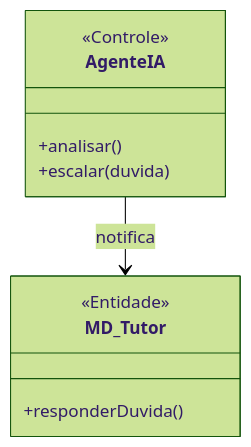
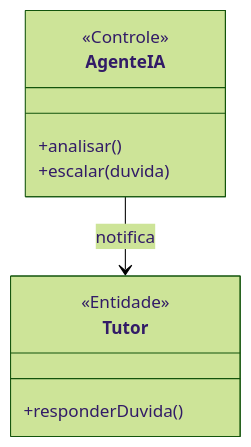
Before and after one commit to MayconDIS/PIM_III-Documentacao_UML: the first of 2 diagrams in PIM_III/02_Modelagem_UML_Astah/UC07_Escalar_Duvida_Tutor/README.md, drawn with Mermaid (forest theme). The commit also changed other lines of this file and 86 other files, not shown here.

Commit message:
docs(uml): add comprehensive UML diagrams and tutorials for all 15 use cases

````diff
--- a/PIM_III/02_Modelagem_UML_Astah/UC07_Escalar_Duvida_Tutor/README.md
+++ b/PIM_III/02_Modelagem_UML_Astah/UC07_Escalar_Duvida_Tutor/README.md
@@ -40,13 +40,13 @@
 ```mermaid
 classDiagram
     class AgenteIA {
         <<Controle>>
         +analisar()
         +escalar(duvida)
     }
-    class MD_Tutor {
+    class Tutor {
         <<Entidade>>
         +responderDuvida()
     }
-    AgenteIA --> MD_Tutor : notifica
+    AgenteIA --> Tutor : notifica
 ```
````
